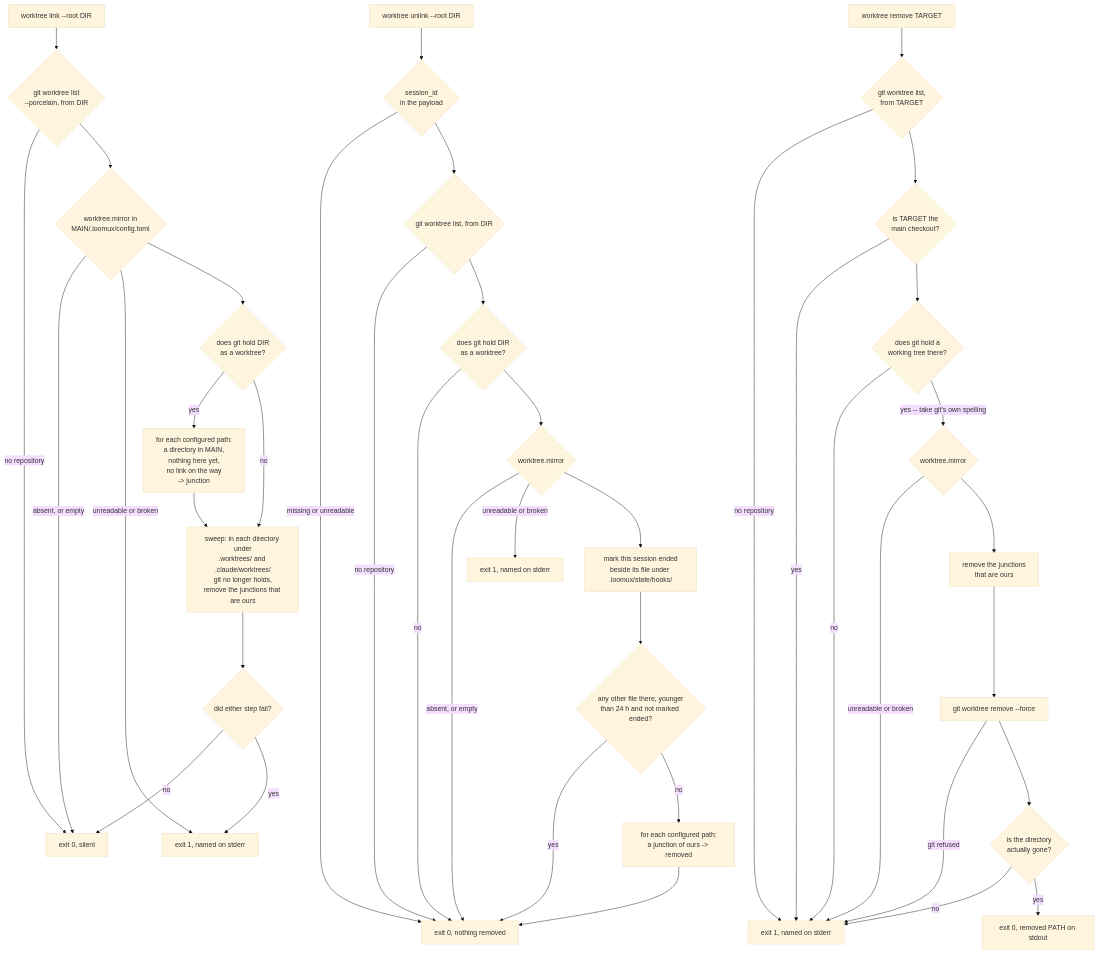
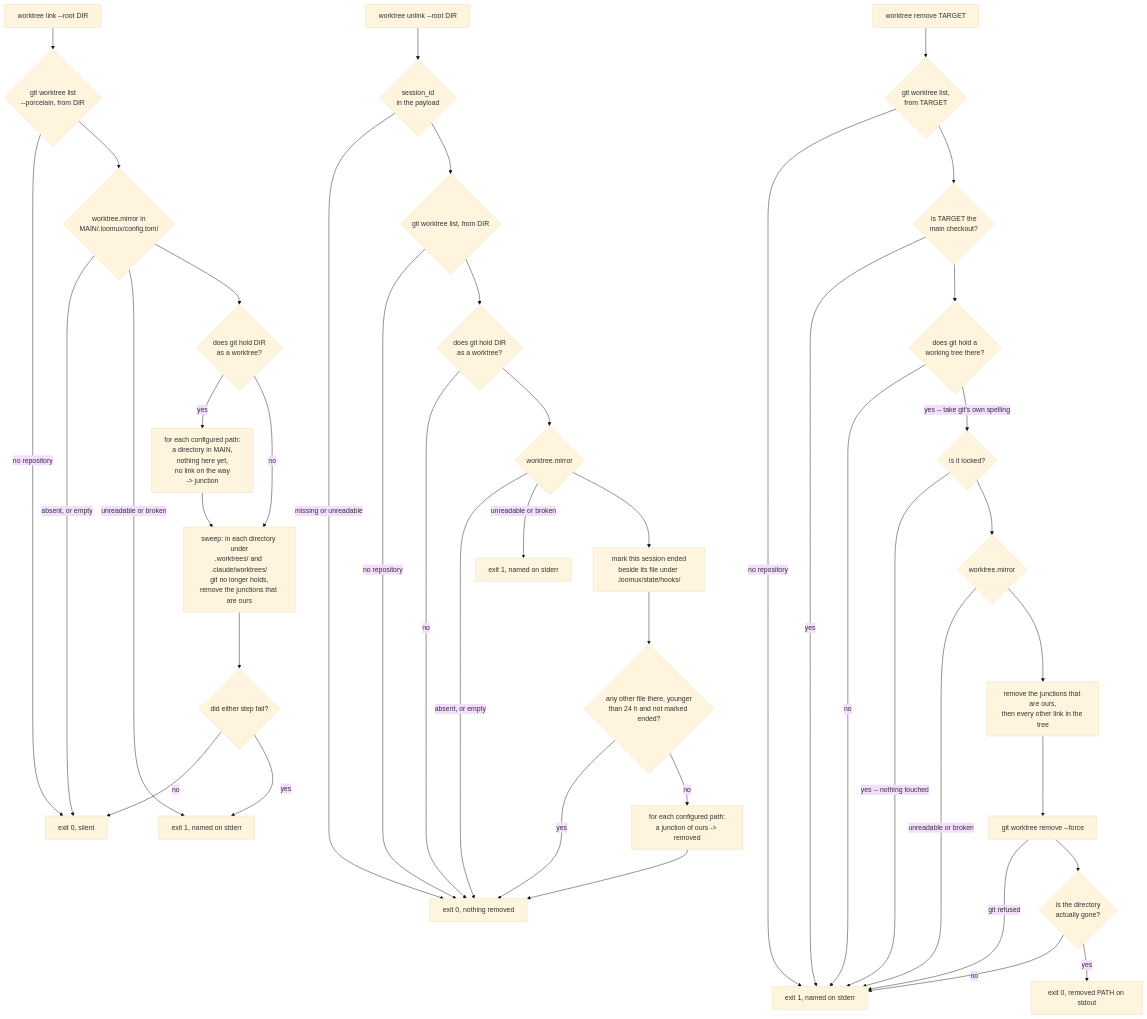
One commit to xidus90/loomux changed the third of 3 diagrams in docs/en/hooks.md. Above: the diagram before and after it, drawn with Mermaid (base theme). The commit also changed other lines of this file and 26 other files, not shown here.

````diff
--- a/docs/en/hooks.md
+++ b/docs/en/hooks.md
@@ -1127,45 +1177,47 @@
 ```mermaid
 flowchart TD
     start["worktree link --root DIR"] --> topo{"git worktree list<br/>--porcelain, from DIR"}
     topo -->|"no repository"| silent["exit 0, silent"]
     topo --> cfg{"worktree.mirror in<br/>MAIN/.loomux/config.toml"}
     cfg -->|"absent, or empty"| silent
     cfg -->|"unreadable or broken"| loud["exit 1, named on stderr"]
     cfg --> wt{"does git hold DIR<br/>as a worktree?"}
     wt -->|"yes"| link["for each configured path:<br/>a directory in MAIN,<br/>nothing here yet,<br/>no link on the way<br/>-> junction"]
     wt -->|"no"| sweep
     link --> sweep["sweep: in each directory under<br/>.worktrees/ and .claude/worktrees/<br/>git no longer holds,<br/>remove the junctions that are ours"]
     sweep --> verdict{"did either step fail?"}
     verdict -->|"no"| silent
     verdict -->|"yes"| loud
 
     stop["worktree unlink --root DIR"] --> payload{"session_id<br/>in the payload"}
     payload -->|"missing or unreadable"| silent2["exit 0, nothing removed"]
     payload --> topo2{"git worktree list, from DIR"}
     topo2 -->|"no repository"| silent2
     topo2 --> wt2{"does git hold DIR<br/>as a worktree?"}
     wt2 -->|"no"| silent2
     wt2 --> cfg2{"worktree.mirror"}
     cfg2 -->|"absent, or empty"| silent2
     cfg2 -->|"unreadable or broken"| loud2["exit 1, named on stderr"]
     cfg2 --> forget["mark this session ended<br/>beside its file under .loomux/state/hooks/"]
     forget --> count{"any other file there, younger<br/>than 24 h and not marked ended?"}
     count -->|"yes"| silent2
     count -->|"no"| unlink["for each configured path:<br/>a junction of ours -> removed"]
     unlink --> silent2
 
     hand["worktree remove TARGET"] --> topo3{"git worktree list,<br/>from TARGET"}
     topo3 -->|"no repository"| fault["exit 1, named on stderr"]
     topo3 --> ismain{"is TARGET the<br/>main checkout?"}
     ismain -->|"yes"| fault
     ismain --> held{"does git hold a<br/>working tree there?"}
     held -->|"no"| fault
-    held -->|"yes -- take git's own spelling"| cfg3{"worktree.mirror"}
+    held -->|"yes -- take git's own spelling"| locked3{"is it locked?"}
+    locked3 -->|"yes -- nothing touched"| fault
+    locked3 --> cfg3{"worktree.mirror"}
     cfg3 -->|"unreadable or broken"| fault
-    cfg3 --> unlink3["remove the junctions<br/>that are ours"]
+    cfg3 --> unlink3["remove the junctions that are ours,<br/>then every other link in the tree"]
     unlink3 --> gitrm["git worktree remove --force"]
     gitrm -->|"git refused"| fault
     gitrm --> gone{"is the directory<br/>actually gone?"}
     gone -->|"no"| fault
     gone -->|"yes"| removed["exit 0, removed PATH on stdout"]
 ```
````
